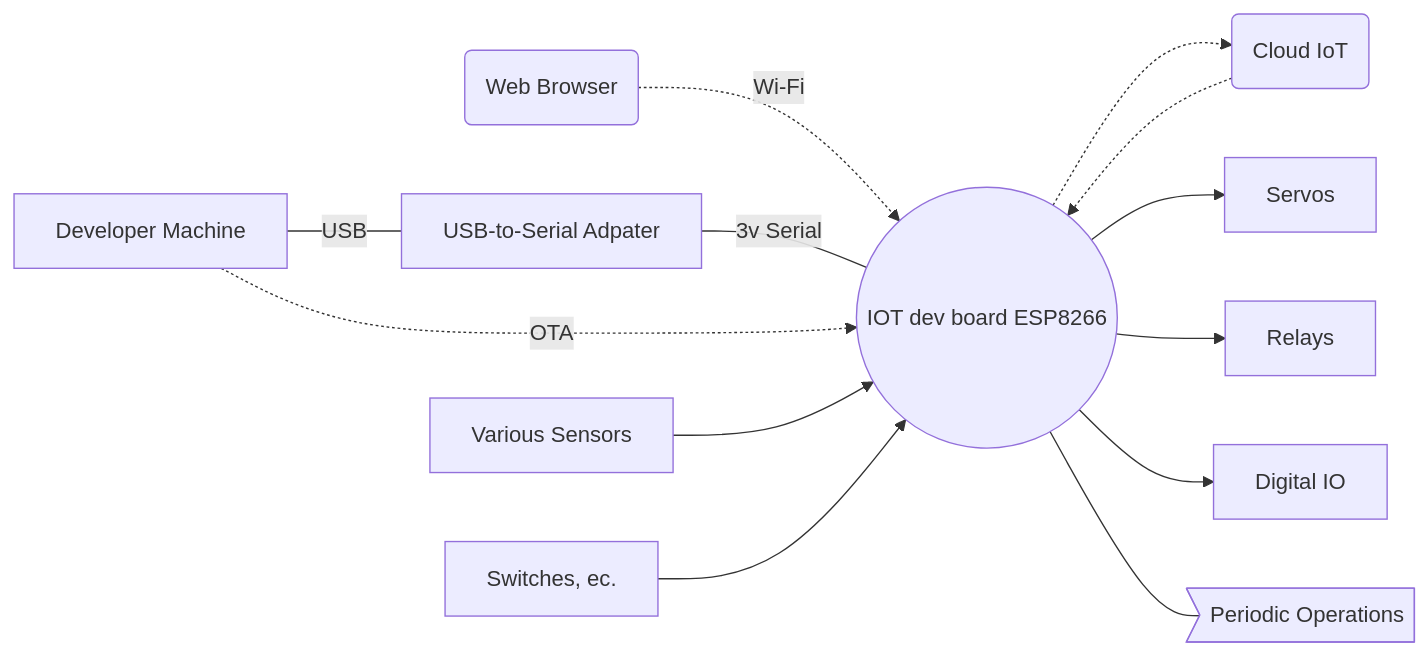
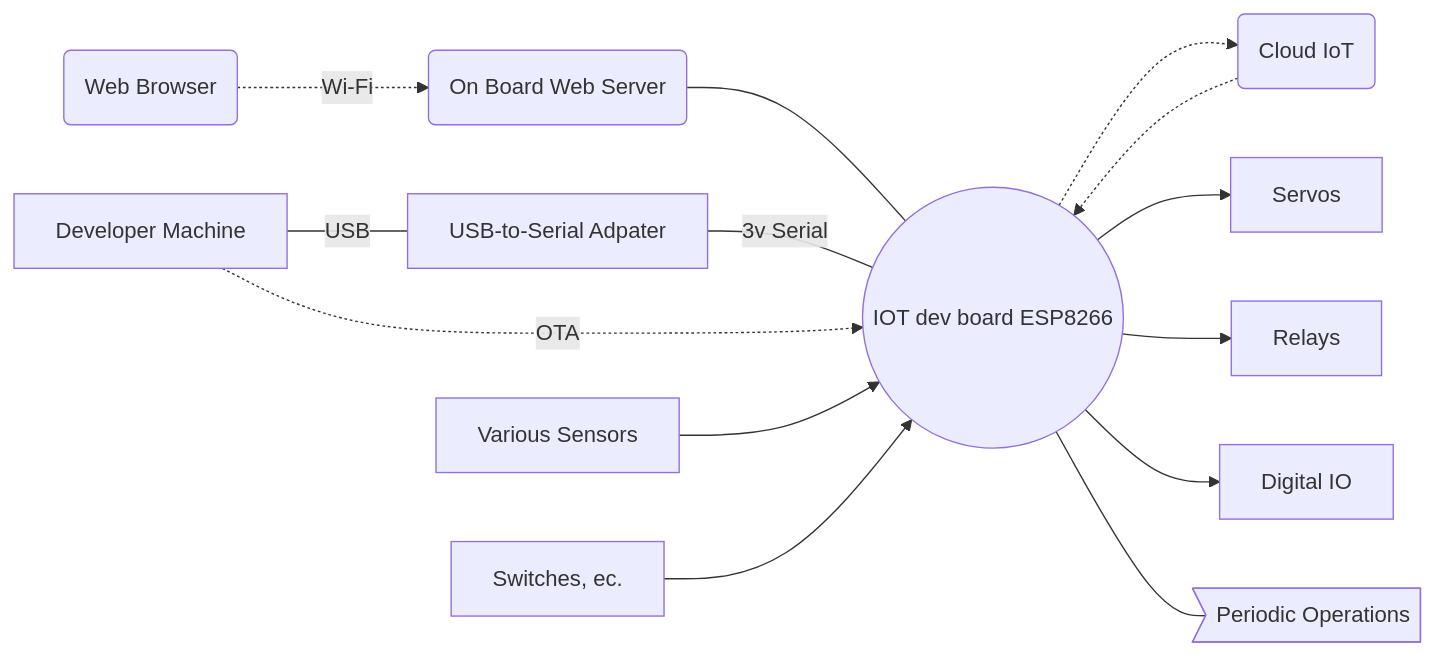
One commit to freemansoft/ESP8266-MicroPython changed the first of 6 diagrams in README.md. Above: the diagram before and after it, drawn with Mermaid.

Commit message:
Call out Onboard web server

````diff
--- a/README.md
+++ b/README.md
@@ -3,27 +3,29 @@
 ```mermaid
 graph LR;
     DevMachine[Developer Machine]
     Browser(Web Browser)
     SerialAdapter[USB-to-Serial Adpater]
     Sensors[Various Sensors]
     Buttons[Switches, ec.]
     Relays
     Servos
     DigitalIO[Digital IO]
+    WebServer(On Board Web Server)
     ESP8266((IOT dev board ESP8266))
     Cloud(Cloud IoT)
     Periodic>Periodic Operations]
 
-    Browser -.-> |Wi-Fi|ESP8266
+    Browser -.-> |Wi-Fi|WebServer
+    WebServer --- ESP8266
     DevMachine --- |USB| SerialAdapter
     SerialAdapter --- |3v Serial|ESP8266
     DevMachine -.-> |OTA|ESP8266
     Sensors --> ESP8266
     Buttons --> ESP8266
     Cloud -.-> ESP8266
     ESP8266 -.-> Cloud
     ESP8266 --> Servos
     ESP8266 --> Relays
     ESP8266 --> DigitalIO
     ESP8266 --- Periodic
 ```
````
